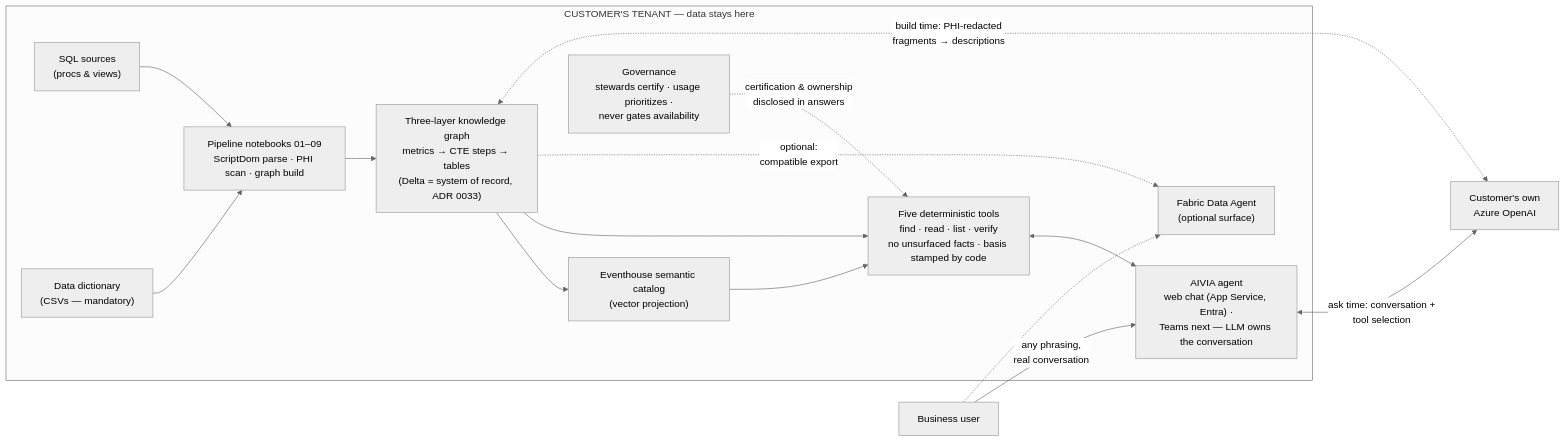
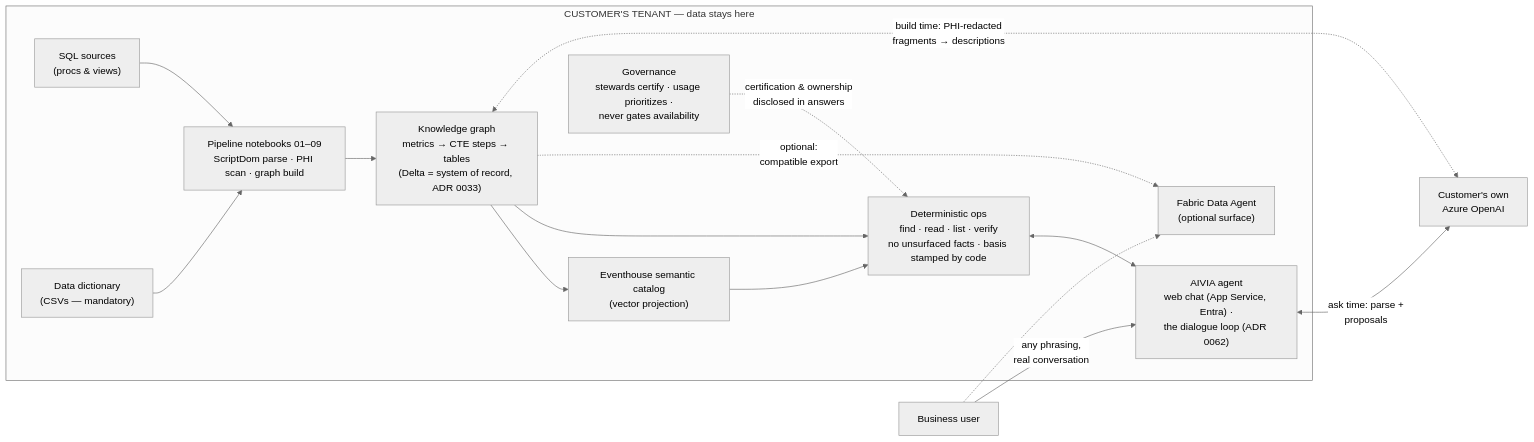
The diagram in docs/architecture/ARCHITECTURE.md (sunnyzhengai/sql-query-agent), drawn with Mermaid (neutral theme) before and after one commit. The commit also changed other lines of this file and 8 other files, not shown here.

````diff
--- a/docs/architecture/ARCHITECTURE.md
+++ b/docs/architecture/ARCHITECTURE.md
@@ -23,28 +39,28 @@
 ```mermaid
 flowchart LR
     subgraph TENANT["CUSTOMER'S TENANT — data stays here"]
         SQL["SQL sources<br/>(procs & views)"]
         DICT["Data dictionary<br/>(CSVs — mandatory)"]
         PIPE["Pipeline notebooks 01–09<br/>ScriptDom parse · PHI scan · graph build"]
-        KG["Three-layer knowledge graph<br/>metrics → CTE steps → tables<br/>(Delta = system of record, ADR 0033)"]
+        KG["Knowledge graph<br/>metrics → CTE steps → tables<br/>(Delta = system of record, ADR 0033)"]
         EH["Eventhouse semantic catalog<br/>(vector projection)"]
-        TOOLS["Five deterministic tools<br/>find · read · list · verify<br/>no unsurfaced facts · basis stamped by code"]
-        APP["AIVIA agent<br/>web chat (App Service, Entra) ·<br/>Teams next — LLM owns the conversation"]
+        TOOLS["Deterministic ops<br/>find · read · list · verify<br/>no unsurfaced facts · basis stamped by code"]
+        APP["AIVIA agent<br/>web chat (App Service, Entra) ·<br/>the dialogue loop (ADR 0062)"]
         GOV["Governance<br/>stewards certify · usage prioritizes ·<br/>never gates availability"]
         FDA["Fabric Data Agent<br/>(optional surface)"]
         SQL --> PIPE
         DICT --> PIPE
         PIPE --> KG
         KG --> EH
         KG --> TOOLS
         EH --> TOOLS
         TOOLS <--> APP
         GOV -.certification & ownership<br/>disclosed in answers.-> TOOLS
         KG -.optional:<br/>compatible export.-> FDA
     end
     USER["Business user"] -->|"any phrasing,<br/>real conversation"| APP
     USER -.-> FDA
     LLM["Customer's own<br/>Azure OpenAI"]
-    APP <-->|"ask time: conversation +<br/>tool selection"| LLM
+    APP <-->|"ask time: parse +<br/>proposals"| LLM
     KG <-.->|"build time: PHI-redacted<br/>fragments → descriptions"| LLM
 ```
````
